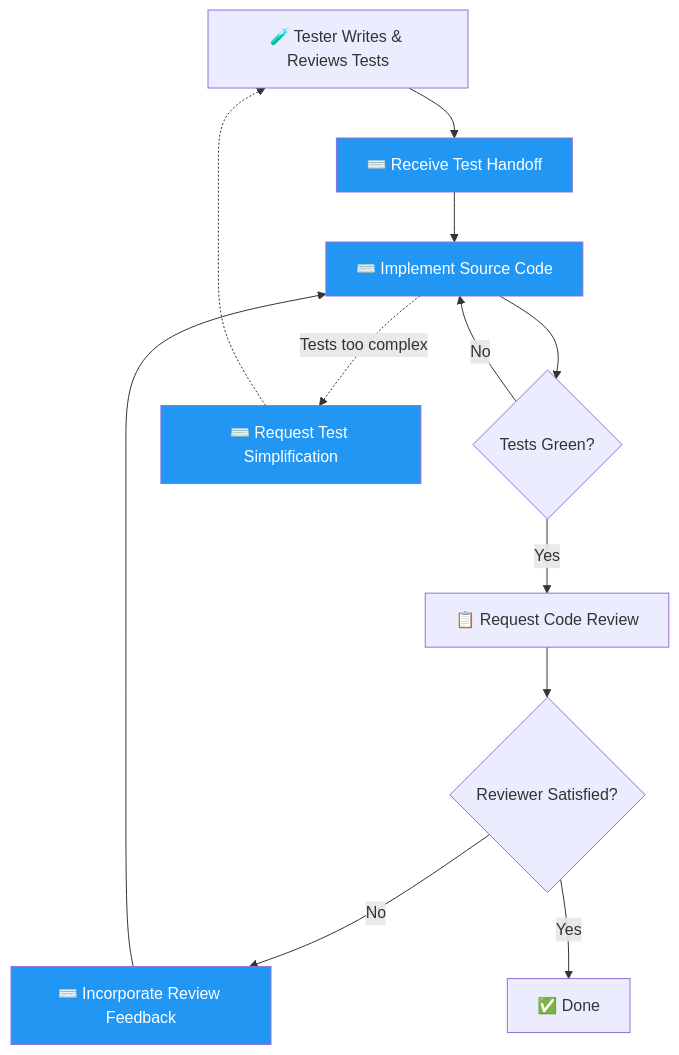
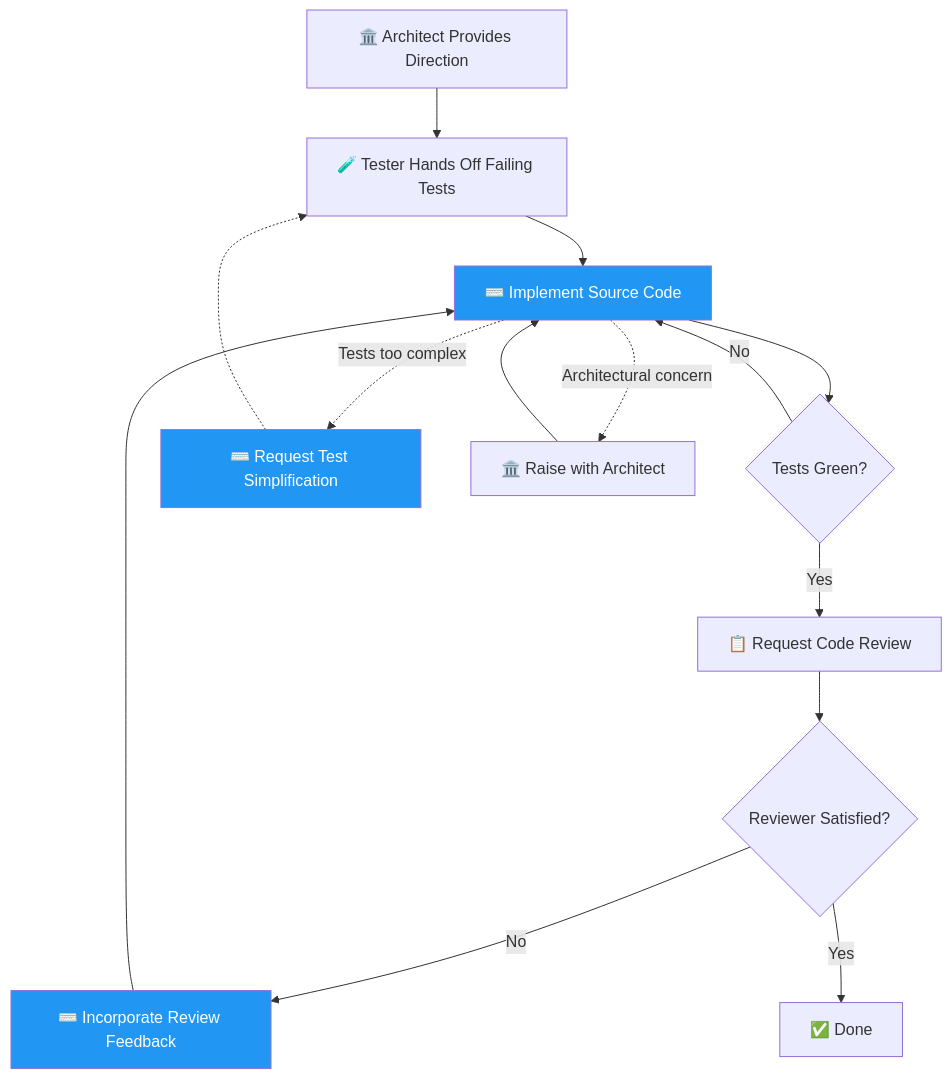
One commit to joke/claude-plugins changed the diagram in plugins/joke-conventions/agents/programmer.md. Above: the diagram before and after it, drawn with Mermaid. The commit also changed other lines of this file and 3 other files, not shown here.

````diff
--- a/plugins/joke-conventions/agents/programmer.md
+++ b/plugins/joke-conventions/agents/programmer.md
@@ -29,19 +29,20 @@
 ```mermaid
 flowchart TD
-    A[🧪 Tester Writes & Reviews Tests] --> B[⌨️ Receive Test Handoff]
+    A[🏛️ Architect Provides Direction] --> B[🧪 Tester Hands Off Failing Tests]
     B --> C[⌨️ Implement Source Code]
     C --> D{Tests Green?}
     D -- No --> C
     D -- Yes --> E[📋 Request Code Review]
     E --> F{Reviewer Satisfied?}
     F -- No --> G[⌨️ Incorporate Review Feedback]
     G --> C
     F -- Yes --> H[✅ Done]
     C -. "Tests too complex" .-> I[⌨️ Request Test Simplification]
-    I -..-> A
+    I -..-> B
+    C -. "Architectural concern" .-> J[🏛️ Raise with Architect]
+    J --> C
 
-    style B fill:#2196F3,color:#fff
     style C fill:#2196F3,color:#fff
     style G fill:#2196F3,color:#fff
     style I fill:#2196F3,color:#fff
 ```
````
